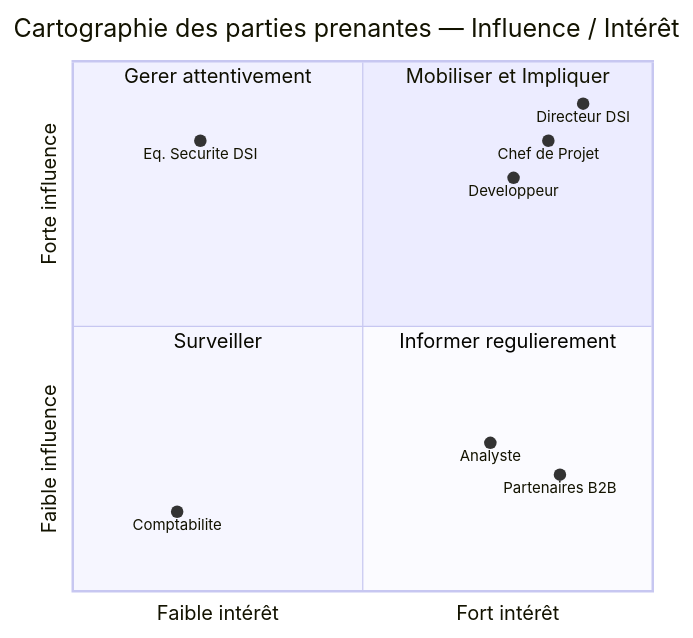
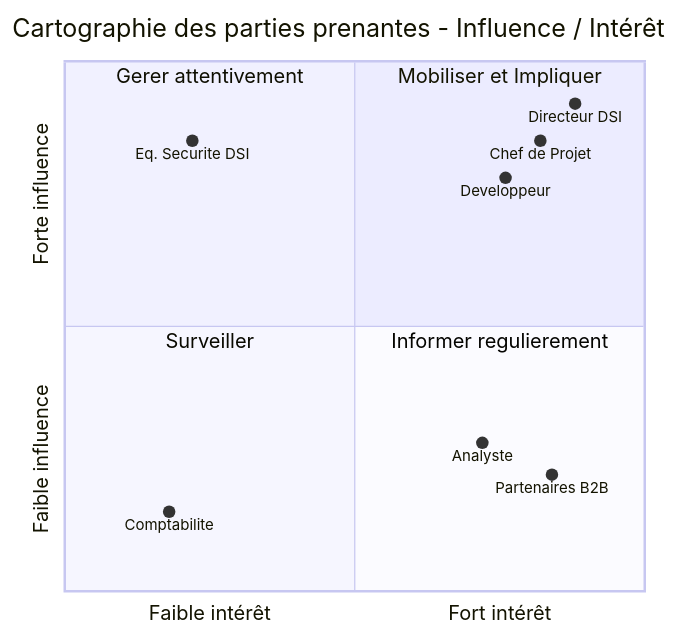
Before and after one commit to POWLAIR/management-projet-numerique: the first of 12 diagrams in docs md/Dossier_Projet_B2B_FINAL.md, drawn with Mermaid. The commit also changed other lines of this file, not shown here.

````diff
--- a/docs md/Dossier_Projet_B2B_FINAL.md
+++ b/docs md/Dossier_Projet_B2B_FINAL.md
@@ -89,17 +89,17 @@
 ```mermaid
 quadrantChart
-    title Cartographie des parties prenantes — Influence / Intérêt
+    title Cartographie des parties prenantes - Influence / Intérêt
     x-axis "Faible intérêt" --> "Fort intérêt"
     y-axis "Faible influence" --> "Forte influence"
     quadrant-1 Mobiliser et Impliquer
     quadrant-2 Gerer attentivement
     quadrant-3 Surveiller
     quadrant-4 Informer regulierement
     Directeur DSI: [0.88, 0.92]
     Chef de Projet: [0.82, 0.85]
     Developpeur: [0.76, 0.78]
     Eq. Securite DSI: [0.22, 0.85]
     Partenaires B2B: [0.84, 0.22]
     Analyste: [0.72, 0.28]
     Comptabilite: [0.18, 0.15]
 ```
````
